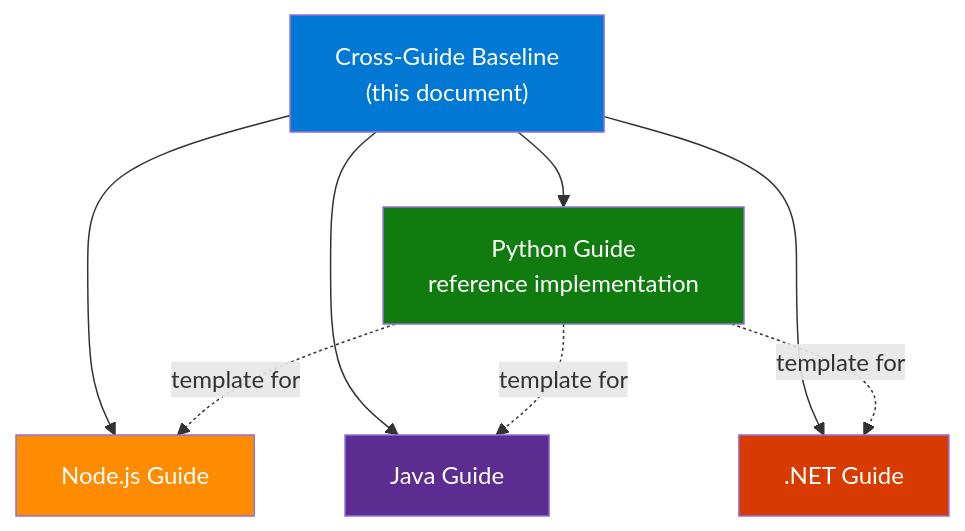
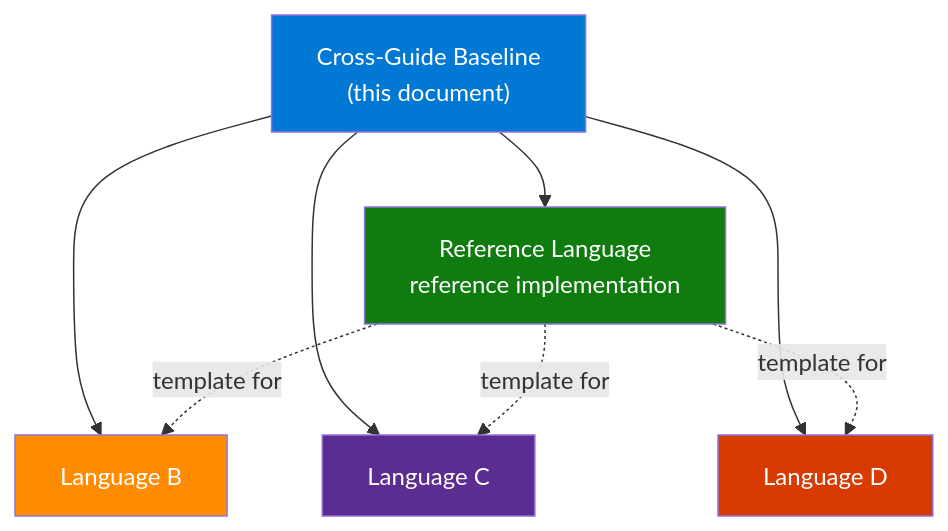
The diagram in docs/contributing/cross-guide-baseline.md (yeongseon/azure-functions-practical-guide), drawn with Mermaid before and after one commit. The commit also changed other lines of this file, not shown here.

First line of the commit message:
docs(contributing): generalize cross-guide-baseline for series-wide adoption (Wave 2 2A) (#74)

````diff
--- a/docs/contributing/cross-guide-baseline.md
+++ b/docs/contributing/cross-guide-baseline.md
@@ -30,18 +22,18 @@
 ```mermaid
 flowchart TD
     Baseline["Cross-Guide Baseline<br/>(this document)"]
-    Baseline --> Python["Python Guide<br/>reference implementation"]
-    Baseline --> NodeJS["Node.js Guide"]
-    Baseline --> Java["Java Guide"]
-    Baseline --> DotNet[".NET Guide"]
+    Baseline --> ReferenceLanguage["Reference Language<br/>reference implementation"]
+    Baseline --> LanguageB["Language B"]
+    Baseline --> LanguageC["Language C"]
+    Baseline --> LanguageD["Language D"]
 
-    Python -.->|template for| NodeJS
-    Python -.->|template for| Java
-    Python -.->|template for| DotNet
+    ReferenceLanguage -.->|template for| LanguageB
+    ReferenceLanguage -.->|template for| LanguageC
+    ReferenceLanguage -.->|template for| LanguageD
 
     style Baseline fill:#0078d4,color:#fff
-    style Python fill:#107c10,color:#fff
-    style NodeJS fill:#ff8c00,color:#fff
-    style Java fill:#5c2d91,color:#fff
-    style DotNet fill:#d83b01,color:#fff
+    style ReferenceLanguage fill:#107c10,color:#fff
+    style LanguageB fill:#ff8c00,color:#fff
+    style LanguageC fill:#5c2d91,color:#fff
+    style LanguageD fill:#d83b01,color:#fff
 ```
````
